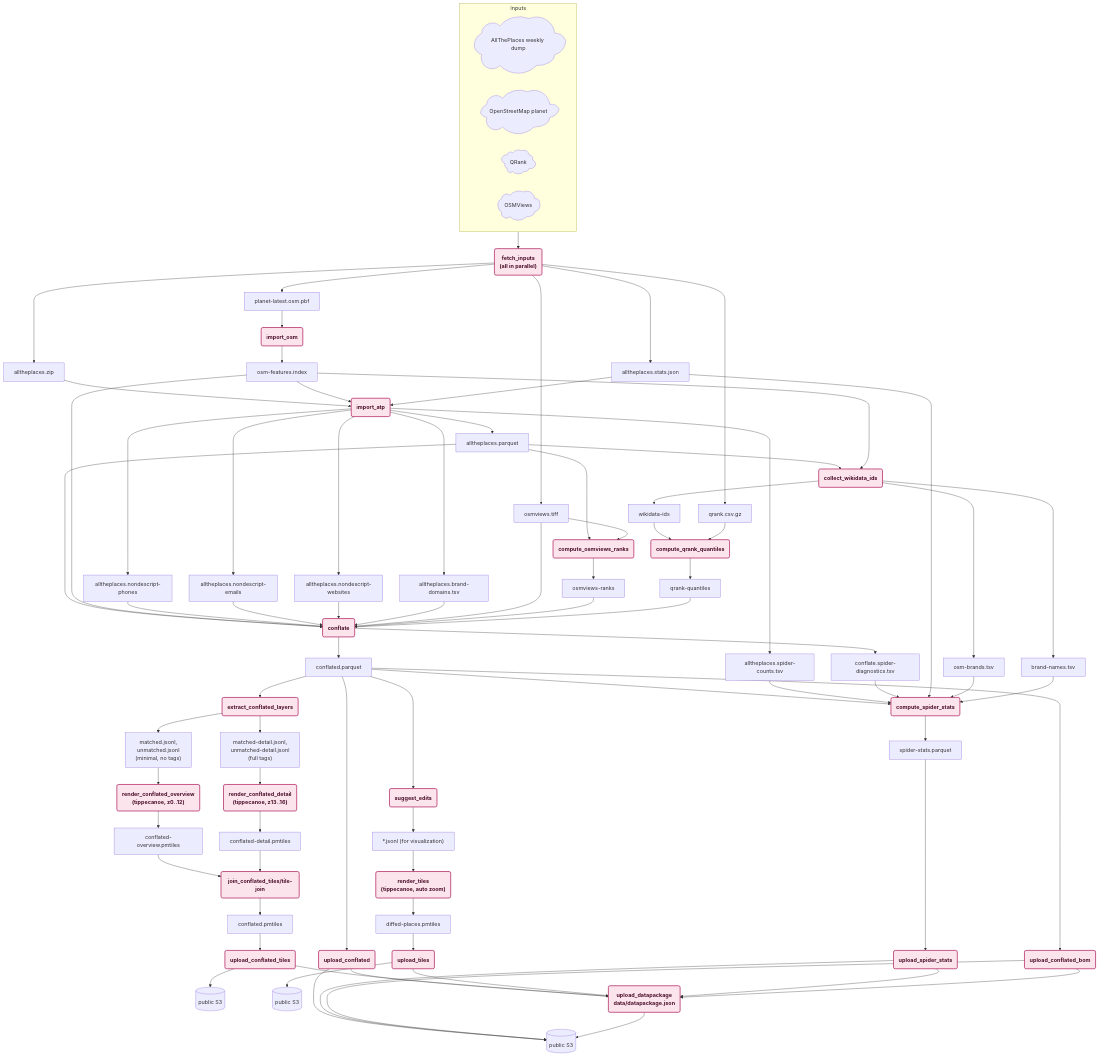
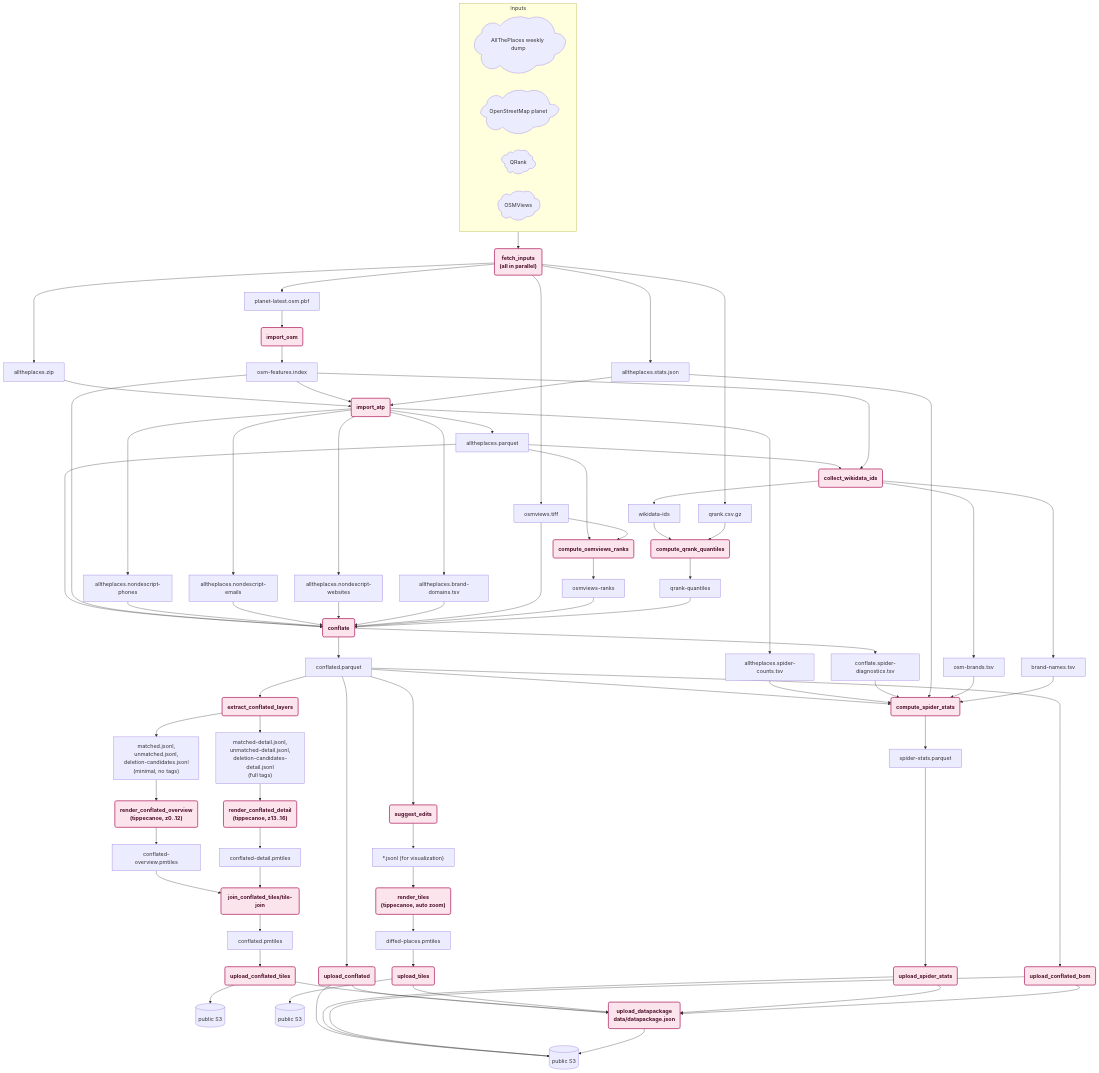
Before and after one commit to brawer/osmdiffs: the diagram in docs/TECHNICAL_DESIGN.md, drawn with Mermaid. The commit also changed other lines of this file and 9 other files, not shown here.

First line of the commit message:
feat: show deletion candidates in conflated.pmtiles (#952)

```diff
--- a/docs/TECHNICAL_DESIGN.md
+++ b/docs/TECHNICAL_DESIGN.md
@@ -231,8 +231,8 @@
     CONFLATED --> UPLOAD_CONFLATED(upload_conflated) --> S3A[("public S3")]
 
     CONFLATED --> EXTRACT_CONFLATED_LAYERS(extract_conflated_layers)
-    EXTRACT_CONFLATED_LAYERS --> OVERVIEW_LAYERS["matched.jsonl,<br/>unmatched.jsonl<br/>(minimal, no tags)"]
-    EXTRACT_CONFLATED_LAYERS --> DETAIL_LAYERS["matched-detail.jsonl,<br/>unmatched-detail.jsonl<br/>(full tags)"]
+    EXTRACT_CONFLATED_LAYERS --> OVERVIEW_LAYERS["matched.jsonl,<br/>unmatched.jsonl,<br/>deletion-candidates.jsonl<br/>(minimal, no tags)"]
+    EXTRACT_CONFLATED_LAYERS --> DETAIL_LAYERS["matched-detail.jsonl,<br/>unmatched-detail.jsonl,<br/>deletion-candidates-detail.jsonl<br/>(full tags)"]
     OVERVIEW_LAYERS --> RENDER_CONFLATED_OVERVIEW("render_conflated_overview<br/>(tippecanoe, z0..12)") --> OVERVIEW_PMTILES[conflated-overview.pmtiles]
     DETAIL_LAYERS --> RENDER_CONFLATED_DETAIL("render_conflated_detail<br/>(tippecanoe, z13..16)") --> DETAIL_PMTILES[conflated-detail.pmtiles]
     OVERVIEW_PMTILES --> JOIN_CONFLATED_TILES(join_conflated_tiles/tile-join)
```
